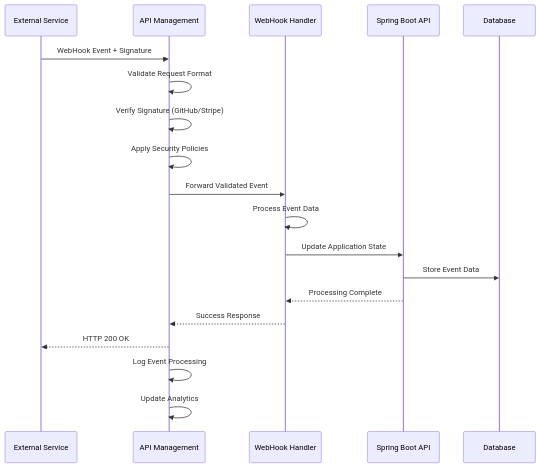
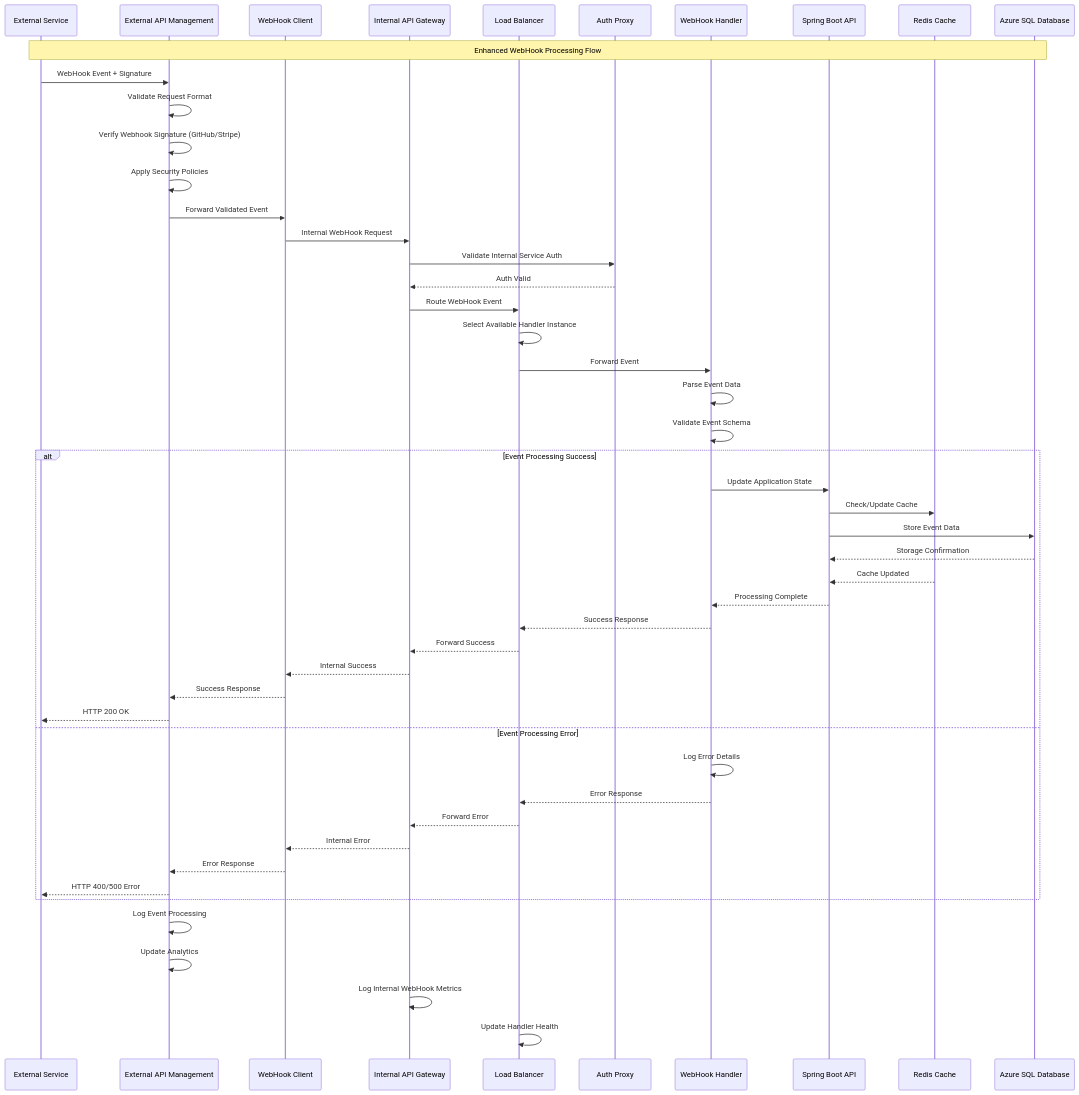
One commit to calvinlee999/react_next_java_journey changed the fourth of 10 diagrams in docs/architecture/azure-api-management-architecture.md. Above: the diagram before and after it, drawn with Mermaid. The commit also changed other lines of this file, not shown here.

First line of the commit message:
feat: enhance all API Management Flow Diagrams with Internal Gateway architecture

````diff
--- a/docs/architecture/azure-api-management-architecture.md
+++ b/docs/architecture/azure-api-management-architecture.md
@@ -222,23 +274,57 @@
 ```mermaid
 sequenceDiagram
     participant External as External Service
-    participant APIM as API Management
+    participant APIM as External API Management
+    participant WHClient as WebHook Client
+    participant InternalGW as Internal API Gateway
+    participant LoadBalancer as Load Balancer
+    participant Auth as Auth Proxy
     participant WHHandler as WebHook Handler
     participant Backend as Spring Boot API
-    participant DB as Database
+    participant Cache as Redis Cache
+    participant DB as Azure SQL Database
 
+    Note over External, DB: Enhanced WebHook Processing Flow
+    
     External->>APIM: WebHook Event + Signature
     APIM->>APIM: Validate Request Format
-    APIM->>APIM: Verify Signature (GitHub/Stripe)
+    APIM->>APIM: Verify Webhook Signature (GitHub/Stripe)
     APIM->>APIM: Apply Security Policies
-    APIM->>WHHandler: Forward Validated Event
-    WHHandler->>WHHandler: Process Event Data
-    WHHandler->>Backend: Update Application State
-    Backend->>DB: Store Event Data
-    Backend-->>WHHandler: Processing Complete
-    WHHandler-->>APIM: Success Response
-    APIM-->>External: HTTP 200 OK
+    APIM->>WHClient: Forward Validated Event
+    WHClient->>InternalGW: Internal WebHook Request
+    
+    InternalGW->>Auth: Validate Internal Service Auth
+    Auth-->>InternalGW: Auth Valid
+    InternalGW->>LoadBalancer: Route WebHook Event
+    LoadBalancer->>LoadBalancer: Select Available Handler Instance
+    LoadBalancer->>WHHandler: Forward Event
+    
+    WHHandler->>WHHandler: Parse Event Data
+    WHHandler->>WHHandler: Validate Event Schema
+    
+    alt Event Processing Success
+        WHHandler->>Backend: Update Application State
+        Backend->>Cache: Check/Update Cache
+        Backend->>DB: Store Event Data
+        DB-->>Backend: Storage Confirmation
+        Cache-->>Backend: Cache Updated
+        Backend-->>WHHandler: Processing Complete
+        WHHandler-->>LoadBalancer: Success Response
+        LoadBalancer-->>InternalGW: Forward Success
+        InternalGW-->>WHClient: Internal Success
+        WHClient-->>APIM: Success Response
+        APIM-->>External: HTTP 200 OK
+    else Event Processing Error
+        WHHandler->>WHHandler: Log Error Details
+        WHHandler-->>LoadBalancer: Error Response
+        LoadBalancer-->>InternalGW: Forward Error
+        InternalGW-->>WHClient: Internal Error
+        WHClient-->>APIM: Error Response
+        APIM-->>External: HTTP 400/500 Error
+    end
 
     APIM->>APIM: Log Event Processing
     APIM->>APIM: Update Analytics
+    InternalGW->>InternalGW: Log Internal WebHook Metrics
+    LoadBalancer->>LoadBalancer: Update Handler Health
 ```
````
